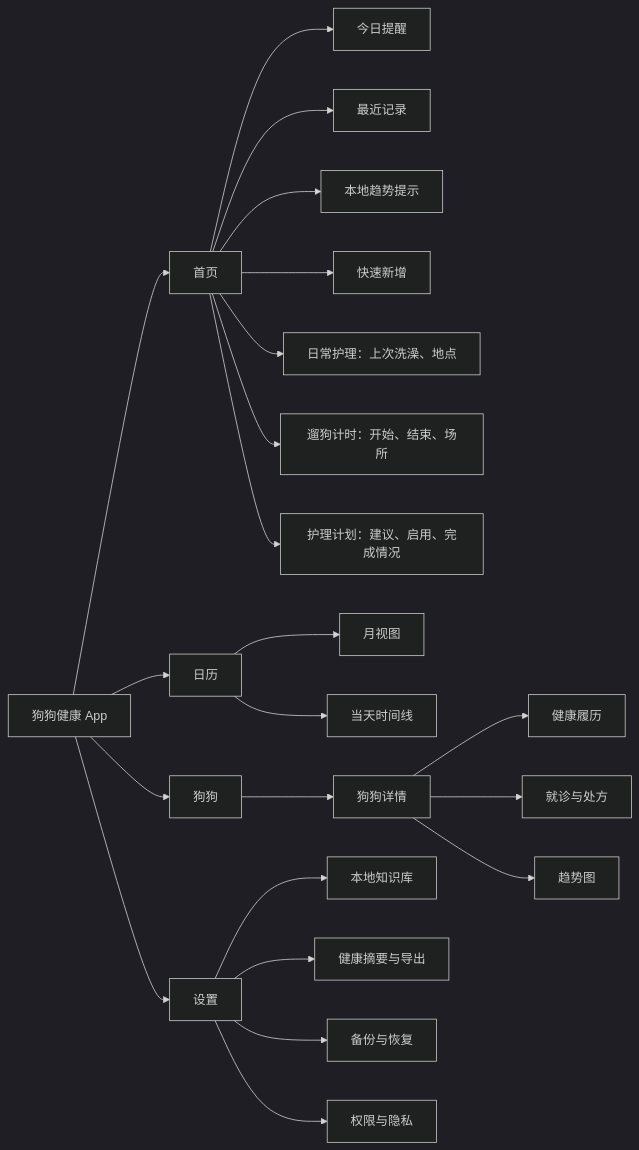
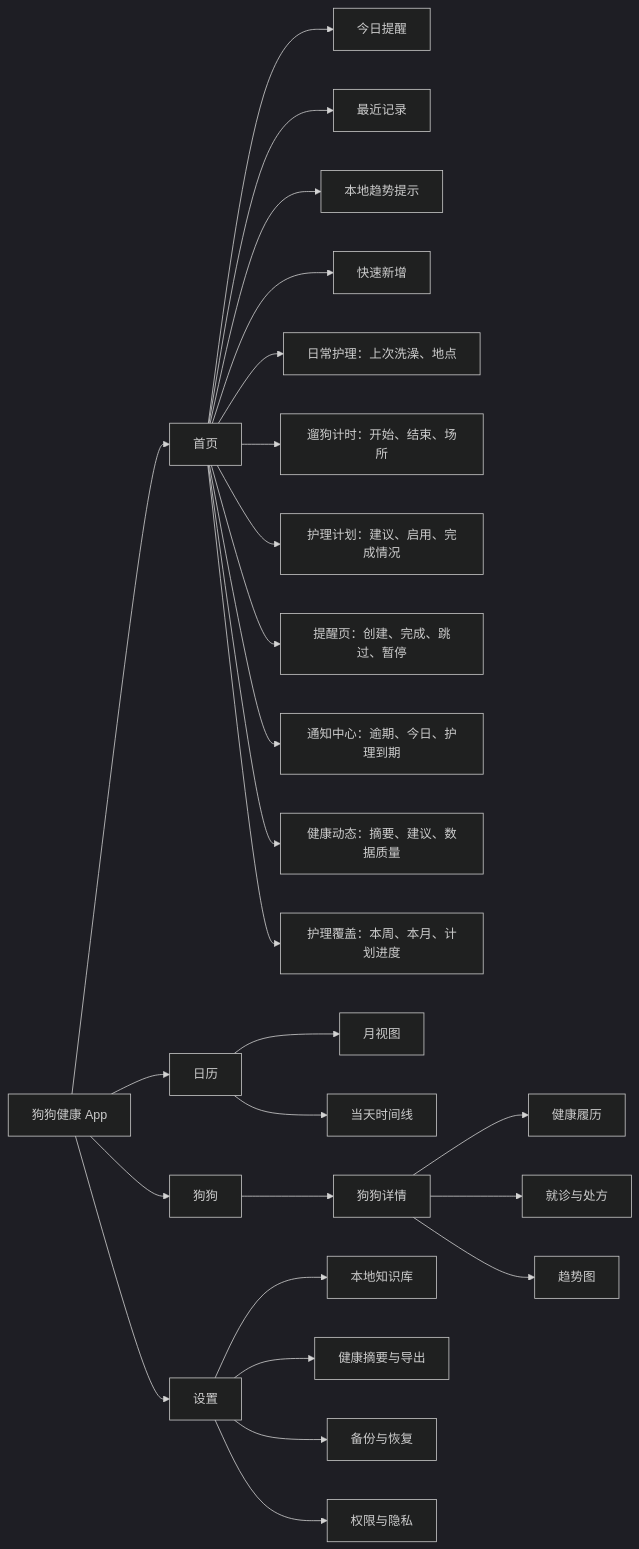
The second of 11 diagrams in docs/PROJECT_BLUEPRINT.md (Q-LL/pet-health), drawn with Mermaid (dark theme) before and after one commit. The commit also changed other lines of this file and 15 other files, not shown here.

````diff
--- a/docs/PROJECT_BLUEPRINT.md
+++ b/docs/PROJECT_BLUEPRINT.md
@@ -84,28 +84,33 @@
 ```mermaid
 flowchart LR
     APP["狗狗健康 App"] --> HOME["首页"]
     APP --> CAL["日历"]
     APP --> PETS["狗狗"]
     APP --> SETTINGS["设置"]
 
     HOME --> TODAY["今日提醒"]
     HOME --> RECENT["最近记录"]
     HOME --> INSIGHT["本地趋势提示"]
     HOME --> ADD["快速新增"]
     HOME --> CARE["日常护理：上次洗澡、地点"]
     HOME --> WALK["遛狗计时：开始、结束、场所"]
     HOME --> CAREPLAN["护理计划：建议、启用、完成情况"]
 
     CAL --> MONTH["月视图"]
     CAL --> TIMELINE["当天时间线"]
 
     PETS --> DETAIL["狗狗详情"]
     DETAIL --> HISTORY["健康履历"]
     DETAIL --> VISITS["就诊与处方"]
     DETAIL --> TRENDS["趋势图"]
 
+    HOME --> REMINDERS["提醒页：创建、完成、跳过、暂停"]
+    HOME --> NOTIFICATIONS["通知中心：逾期、今日、护理到期"]
+    HOME --> DYNAMICS["健康动态：摘要、建议、数据质量"]
+    HOME --> COVERAGE["护理覆盖：本周、本月、计划进度"]
+
     SETTINGS --> KNOWLEDGE["本地知识库"]
     SETTINGS --> REPORT["健康摘要与导出"]
     SETTINGS --> BACKUP["备份与恢复"]
     SETTINGS --> PRIVACY["权限与隐私"]
 ```
````
